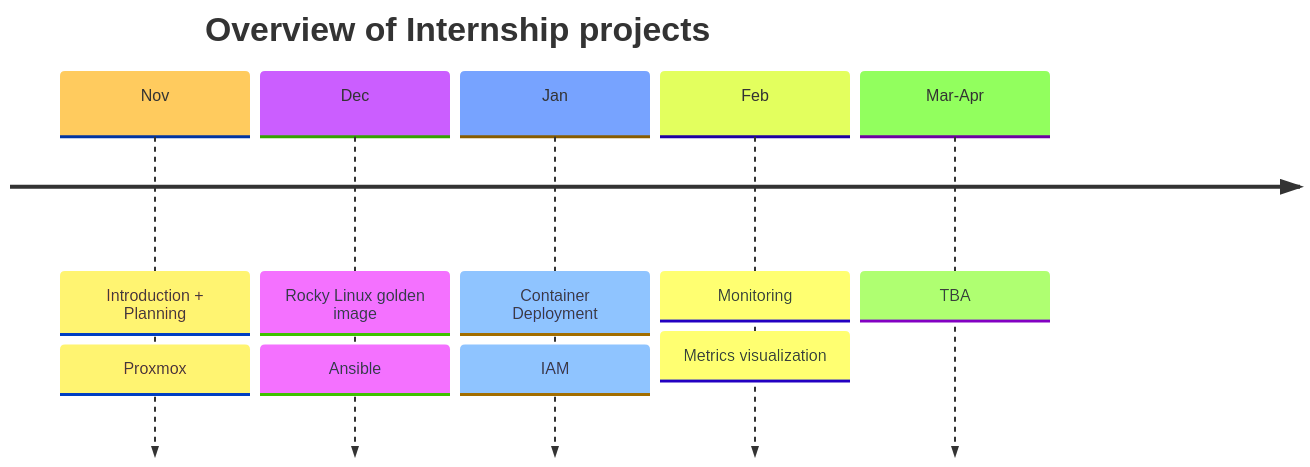
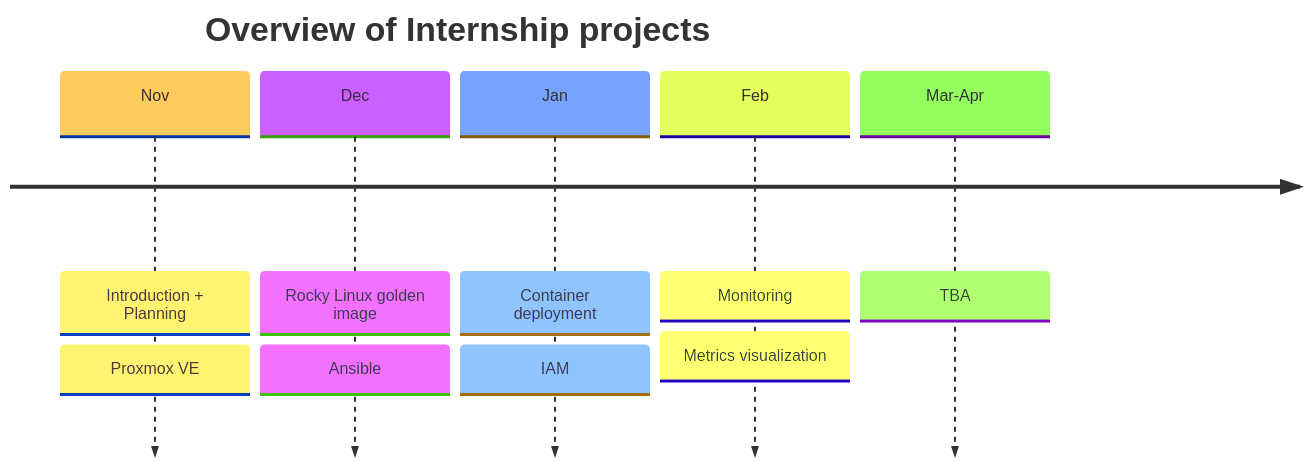
Before and after one commit to JonatanHogild/FreeIPA_for_virtual_environment: the diagram in Extra/Mermaid/projects.md, drawn with Mermaid.

````diff
--- a/Extra/Mermaid/projects.md
+++ b/Extra/Mermaid/projects.md
@@ -1,13 +1,13 @@
 ```mermaid
 %%{init: { 'logLevel': 'debug', 'theme': 'base' } }%%
 timeline
     title Overview of Internship projects
     Nov : Introduction + Planning
-        : Proxmox
+        : Proxmox VE
     Dec : Rocky Linux golden image : Ansible
-    Jan : Container Deployment
+    Jan : Container deployment
          : IAM
     Feb : Monitoring : Metrics visualization
     Mar-Apr : TBA
 
 ```
````
